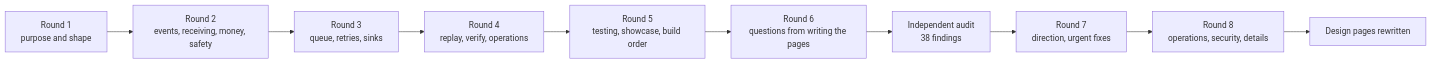
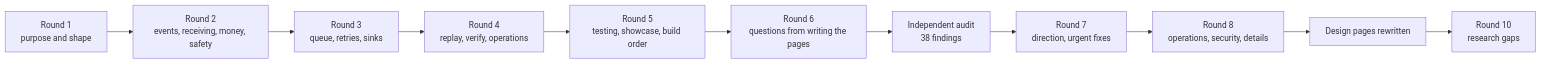
Before and after one commit to lalitkarthik/webhook-sync: the diagram in docs/design/grilling-log.md, drawn with Mermaid. The commit also changed other lines of this file and 17 other files, not shown here.

````diff
--- a/docs/design/grilling-log.md
+++ b/docs/design/grilling-log.md
@@ -9,12 +9,13 @@
 ```mermaid
 flowchart LR
   R1["Round 1<br/>purpose and shape"] --> R2["Round 2<br/>events, receiving, money, safety"]
   R2 --> R3["Round 3<br/>queue, retries, sinks"]
   R3 --> R4["Round 4<br/>replay, verify, operations"]
   R4 --> R5["Round 5<br/>testing, showcase, build order"]
   R5 --> R6["Round 6<br/>questions from writing the pages"]
   R6 --> AU["Independent audit<br/>38 findings"]
   AU --> R7["Round 7<br/>direction, urgent fixes"]
   R7 --> R8["Round 8<br/>operations, security, details"]
   R8 --> D["Design pages rewritten"]
+  D --> R10["Round 10<br/>research gaps"]
 ```
````
